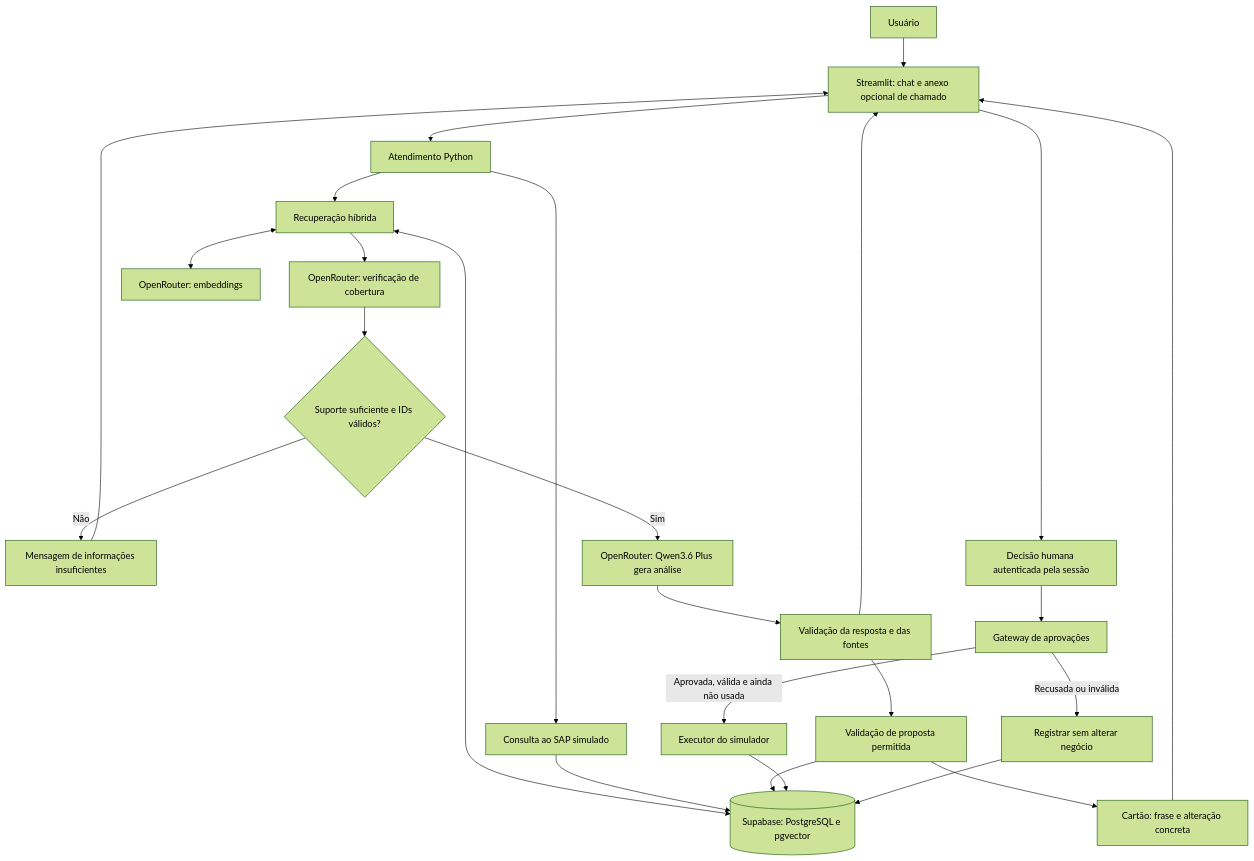
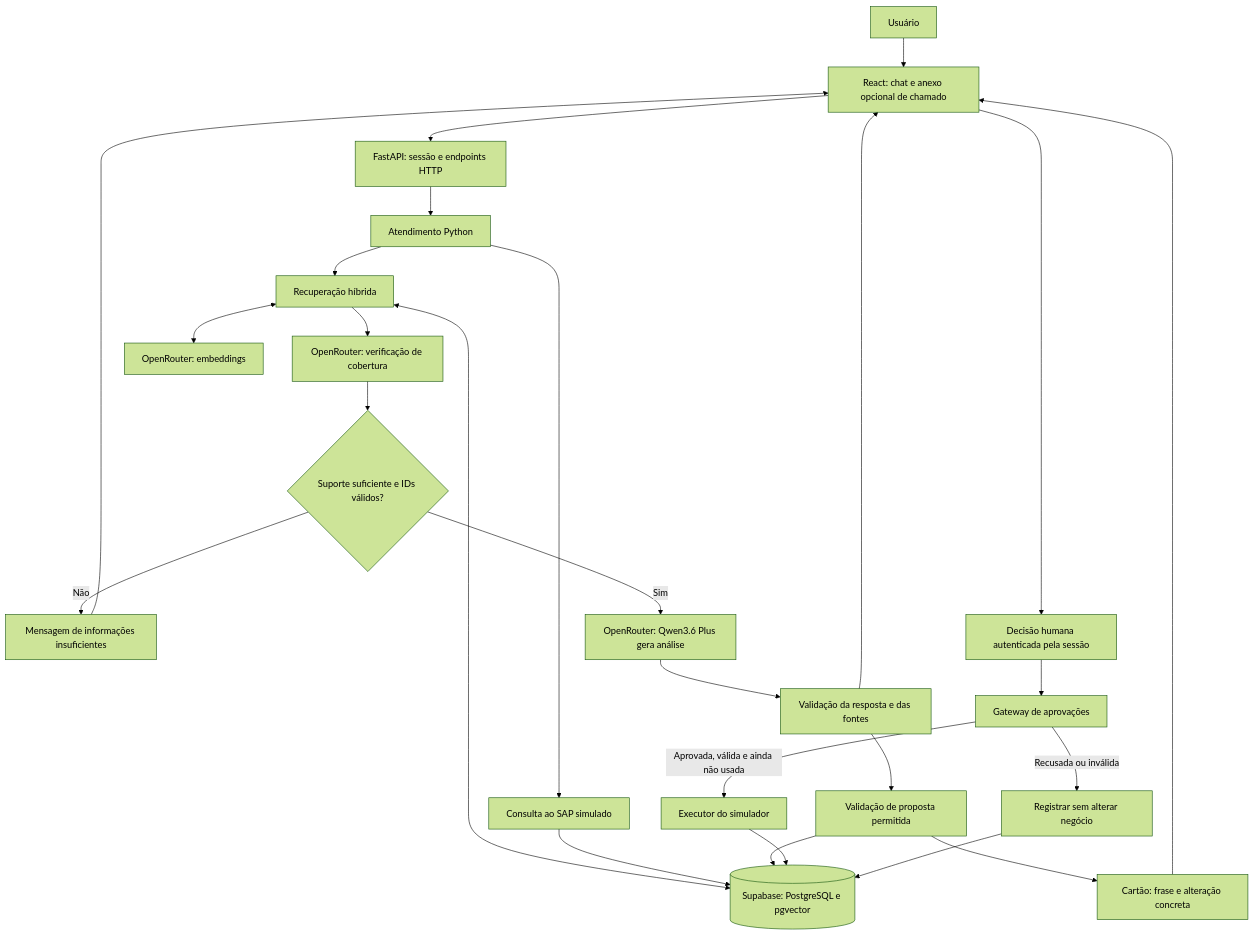
One commit to BrunoGroehs/Assistente-Inteligente-para-Analise-de-Chamados-SAP changed the diagram in instrucoes/03-arquitetura.md. Above: the diagram before and after it, drawn with Mermaid (forest theme). The commit also changed other lines of this file and 20 other files, not shown here.

````diff
--- a/instrucoes/03-arquitetura.md
+++ b/instrucoes/03-arquitetura.md
@@ -54,27 +73,28 @@
 ```mermaid
 flowchart TD
-    U[Usuário] --> UI[Streamlit: chat e anexo opcional de chamado]
-    UI --> A[Atendimento Python]
+    U[Usuário] --> UI[React: chat e anexo opcional de chamado]
+    UI --> API[FastAPI: sessão e endpoints HTTP]
+    API --> A[Atendimento Python]
     A --> R[Recuperação híbrida]
     R <--> DB[(Supabase: PostgreSQL e pgvector)]
     A --> READ[Consulta ao SAP simulado]
     READ --> DB
     R --> C[OpenRouter: verificação de cobertura]
     C --> Q{Suporte suficiente e IDs válidos?}
     Q -->|Não| F[Mensagem de informações insuficientes]
     F --> UI
     Q -->|Sim| L[OpenRouter: Qwen3.6 Plus gera análise]
     R <--> E[OpenRouter: embeddings]
     L --> V[Validação da resposta e das fontes]
     V --> UI
     V --> P[Validação de proposta permitida]
     P --> DB
     P --> CARD[Cartão: frase e alteração concreta]
     CARD --> UI
     UI --> H[Decisão humana autenticada pela sessão]
     H --> G[Gateway de aprovações]
     G -->|Aprovada, válida e ainda não usada| X[Executor do simulador]
     X --> DB
     G -->|Recusada ou inválida| STOP[Registrar sem alterar negócio]
     STOP --> DB
 ```
````
